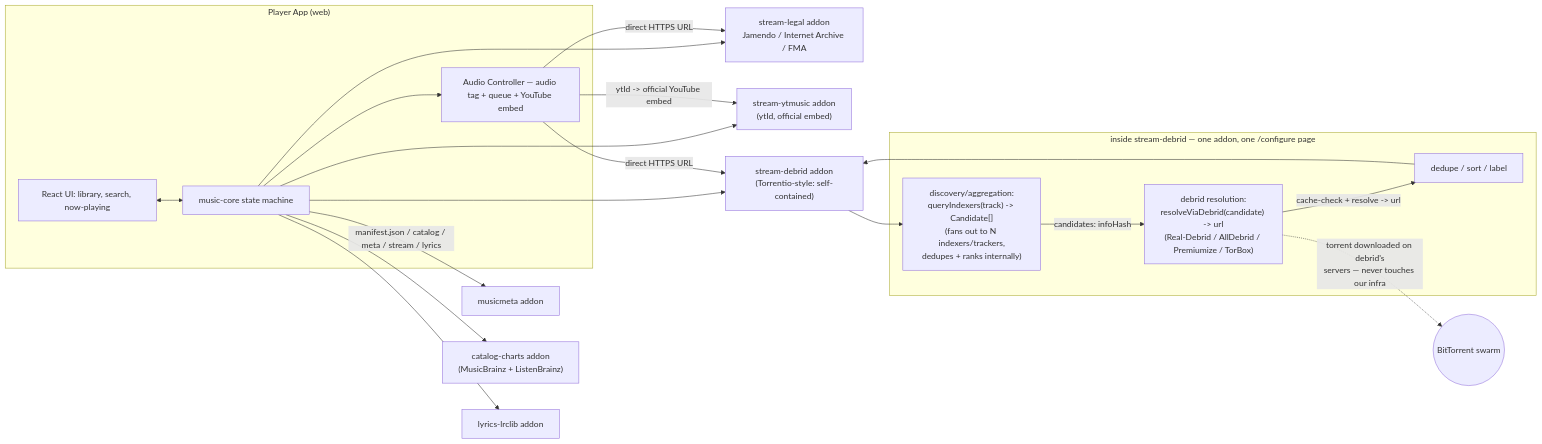
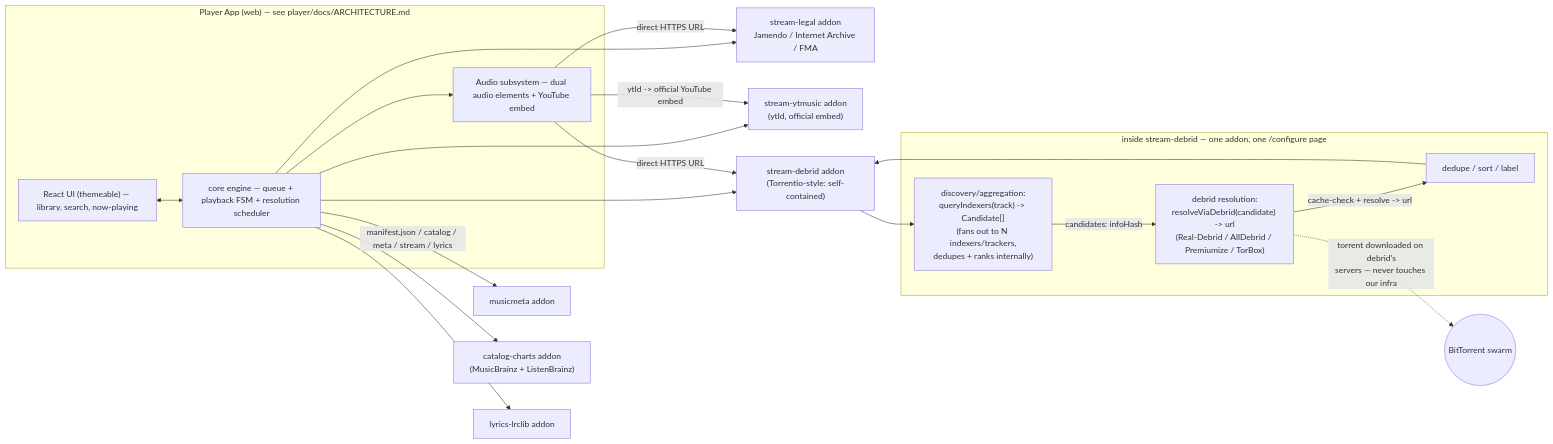
One commit to p2p-songs/.github changed the diagram in docs/IMPLEMENTATION_PLAN.md. Above: the diagram before and after it, drawn with Mermaid. The commit also changed other lines of this file and 2 other files, not shown here.

Commit message:
Reconcile all docs with audit findings: credential model, 4-repo layout, de-Elm, memory-only resolution, measured gapless

````diff
--- a/docs/IMPLEMENTATION_PLAN.md
+++ b/docs/IMPLEMENTATION_PLAN.md
@@ -193,31 +206,31 @@
 ```mermaid
 flowchart LR
-    subgraph Client["Player App (web)"]
-        UI[React UI: library, search, now-playing]
-        Core[music-core state machine]
-        AudioCtl["Audio Controller — audio tag + queue + YouTube embed"]
+    subgraph Client["Player App (web) — see player/docs/ARCHITECTURE.md"]
+        UI["React UI (themeable) — library, search, now-playing"]
+        Core["core engine — queue + playback FSM + resolution scheduler"]
+        AudioCtl["Audio subsystem — dual audio elements + YouTube embed"]
         UI <--> Core
         Core --> AudioCtl
     end
 
     Core -- "manifest.json / catalog / meta / stream / lyrics" --> Meta[musicmeta addon]
     Core --> Catalog["catalog-charts addon\n(MusicBrainz + ListenBrainz)"]
     Core --> StreamLegal[stream-legal addon\nJamendo / Internet Archive / FMA]
     Core --> StreamYT["stream-ytmusic addon\n(ytId, official embed)"]
     Core --> StreamDebrid["stream-debrid addon\n(Torrentio-style: self-contained)"]
     Core --> Lyrics[lyrics-lrclib addon]
 
     AudioCtl -- "direct HTTPS URL" --> StreamLegal
     AudioCtl -- "ytId -> official YouTube embed" --> StreamYT
     AudioCtl -- "direct HTTPS URL" --> StreamDebrid
 
     subgraph StreamDebridInternal["inside stream-debrid — one addon, one /configure page"]
         Discover["discovery/aggregation:\nqueryIndexers(track) -> Candidate[]\n(fans out to N indexers/trackers,\ndedupes + ranks internally)"]
         DebridClient["debrid resolution:\nresolveViaDebrid(candidate) -> url\n(Real-Debrid / AllDebrid / Premiumize / TorBox)"]
         Discover -- "candidates: infoHash" --> DebridClient
         DebridClient -- "cache-check + resolve -> url" --> Rank["dedupe / sort / label"]
     end
     StreamDebrid --> Discover
     Rank --> StreamDebrid
     DebridClient -. "torrent downloaded on debrid's\nservers — never touches our infra" .-> Swarm((BitTorrent swarm))
 ```
````
